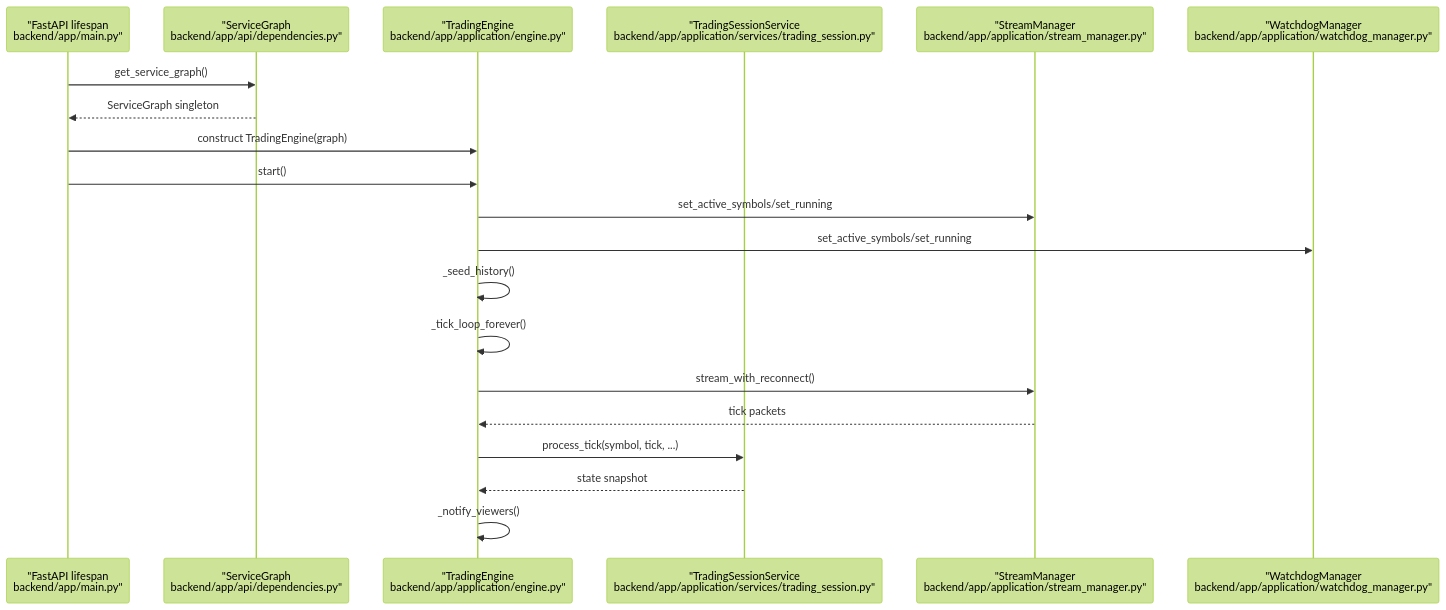
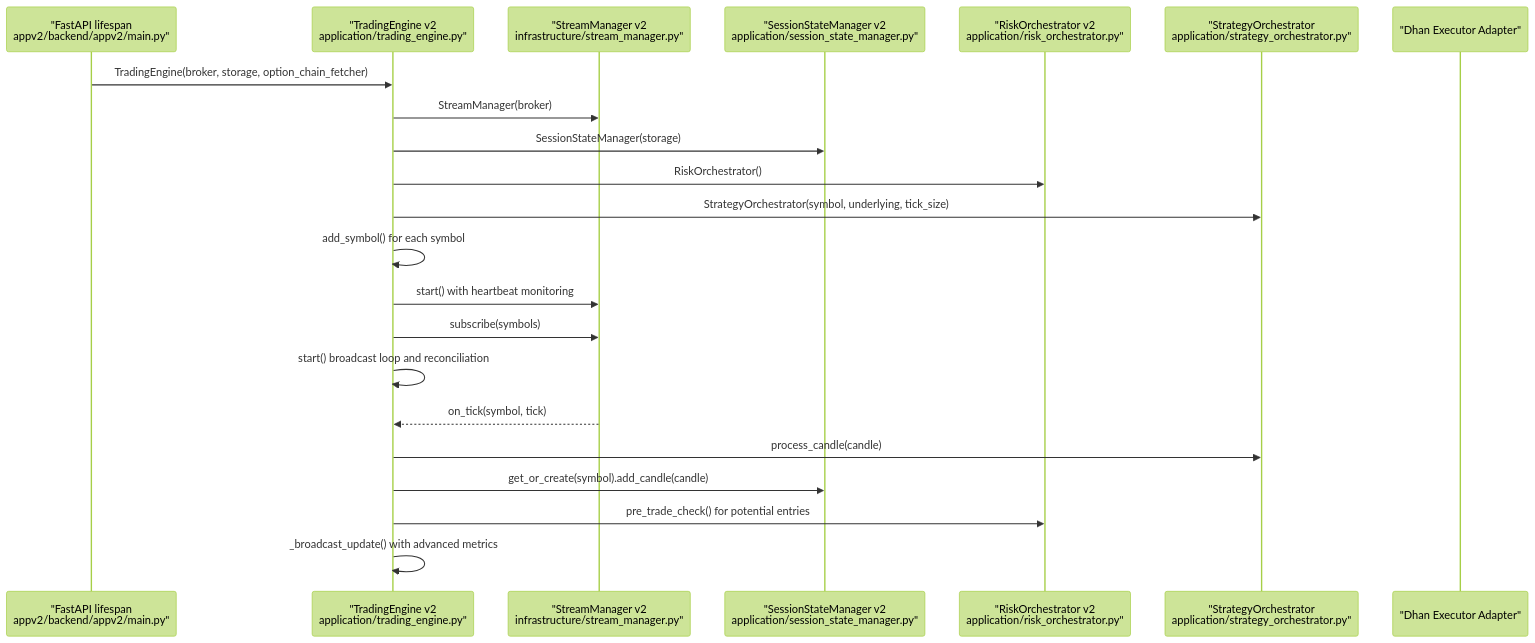
Before and after one commit to gemrajkhatry-maker/v5-of-glassytrade-ai: the second of 7 diagrams in .qoder/repowiki/en/content/Backend Application/Core Services/Core Services.md, drawn with Mermaid (forest theme). The commit also changed other lines of this file and 930 other files, not shown here.

````diff
--- a/.qoder/repowiki/en/content/Backend Application/Core Services/Core Services.md
+++ b/.qoder/repowiki/en/content/Backend Application/Core Services/Core Services.md
@@ -94,22 +130,24 @@
 ```mermaid
 sequenceDiagram
-participant Startup as "FastAPI lifespan<br/>backend/app/main.py"
-participant Graph as "ServiceGraph<br/>backend/app/api/dependencies.py"
-participant Engine as "TradingEngine<br/>backend/app/application/engine.py"
-participant Session as "TradingSessionService<br/>backend/app/application/services/trading_session.py"
-participant Stream as "StreamManager<br/>backend/app/application/stream_manager.py"
-participant Watch as "WatchdogManager<br/>backend/app/application/watchdog_manager.py"
-Startup->>Graph : get_service_graph()
-Graph-->>Startup : ServiceGraph singleton
-Startup->>Engine : construct TradingEngine(graph)
-Startup->>Engine : start()
-Engine->>Stream : set_active_symbols/set_running
-Engine->>Watch : set_active_symbols/set_running
-Engine->>Engine : _seed_history()
-Engine->>Engine : _tick_loop_forever()
-Engine->>Stream : stream_with_reconnect()
-Stream-->>Engine : tick packets
-Engine->>Session : process_tick(symbol, tick, ...)
-Session-->>Engine : state snapshot
-Engine->>Engine : _notify_viewers()
+participant Startup as "FastAPI lifespan<br/>appv2/backend/appv2/main.py"
+participant Engine as "TradingEngine v2<br/>application/trading_engine.py"
+participant Stream as "StreamManager v2<br/>infrastructure/stream_manager.py"
+participant State as "SessionStateManager v2<br/>application/session_state_manager.py"
+participant Risk as "RiskOrchestrator v2<br/>application/risk_orchestrator.py"
+participant Strategy as "StrategyOrchestrator<br/>application/strategy_orchestrator.py"
+participant Broker as "Dhan Executor Adapter"
+Startup->>Engine : TradingEngine(broker, storage, option_chain_fetcher)
+Engine->>Stream : StreamManager(broker)
+Engine->>State : SessionStateManager(storage)
+Engine->>Risk : RiskOrchestrator()
+Engine->>Strategy : StrategyOrchestrator(symbol, underlying, tick_size)
+Engine->>Engine : add_symbol() for each symbol
+Engine->>Stream : start() with heartbeat monitoring
+Engine->>Stream : subscribe(symbols)
+Engine->>Engine : start() broadcast loop and reconciliation
+Stream-->>Engine : on_tick(symbol, tick)
+Engine->>Strategy : process_candle(candle)
+Engine->>State : get_or_create(symbol).add_candle(candle)
+Engine->>Risk : pre_trade_check() for potential entries
+Engine->>Engine : _broadcast_update() with advanced metrics
 ```
````
